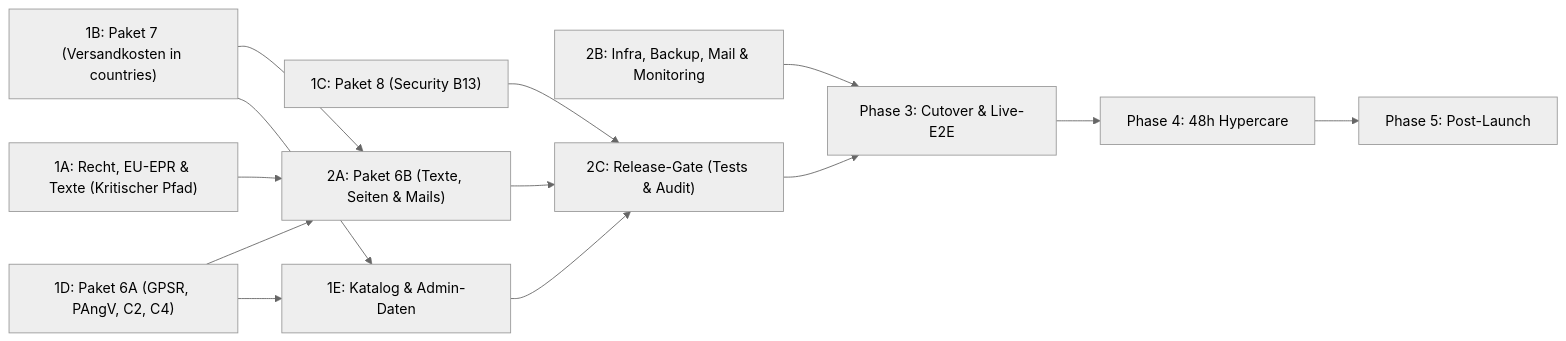
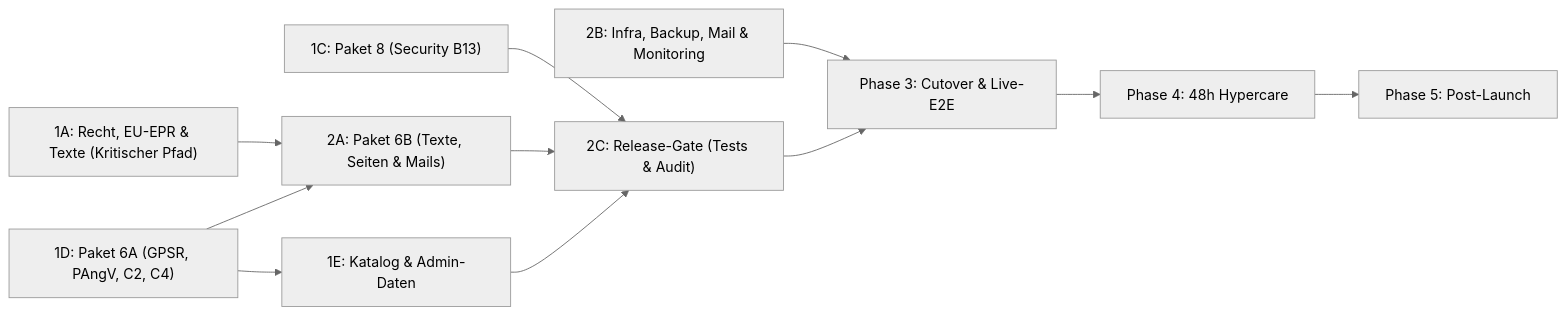
The diagram in docs/golive/README.md (bitstorm-tech/voenix-shop-kotlin), drawn with Mermaid (neutral theme) before and after one commit. The commit also changed other lines of this file and 57 other files, not shown here.

````diff
--- a/docs/golive/README.md
+++ b/docs/golive/README.md
@@ -34,27 +33,24 @@
 ```mermaid
 flowchart LR
     S1A["1A: Recht, EU-EPR & Texte (Kritischer Pfad)"]
-    S1B["1B: Paket 7 (Versandkosten in countries)"]
     S1C["1C: Paket 8 (Security B13)"]
     S1D["1D: Paket 6A (GPSR, PAngV, C2, C4)"]
     S1E["1E: Katalog & Admin-Daten"]
     S2A["2A: Paket 6B (Texte, Seiten & Mails)"]
     S2B["2B: Infra, Backup, Mail & Monitoring"]
     S2C["2C: Release-Gate (Tests & Audit)"]
     P3["Phase 3: Cutover & Live-E2E"]
     P4["Phase 4: 48h Hypercare"]
     P5["Phase 5: Post-Launch"]
 
     S1A --> S2A
-    S1B --> S2A
     S1D --> S2A
-    S1B --> S1E
     S1D --> S1E
     S1C --> S2C
     S1E --> S2C
     S2A --> S2C
     S2B --> P3
     S2C --> P3
     P3 --> P4
     P4 --> P5
 ```
````
